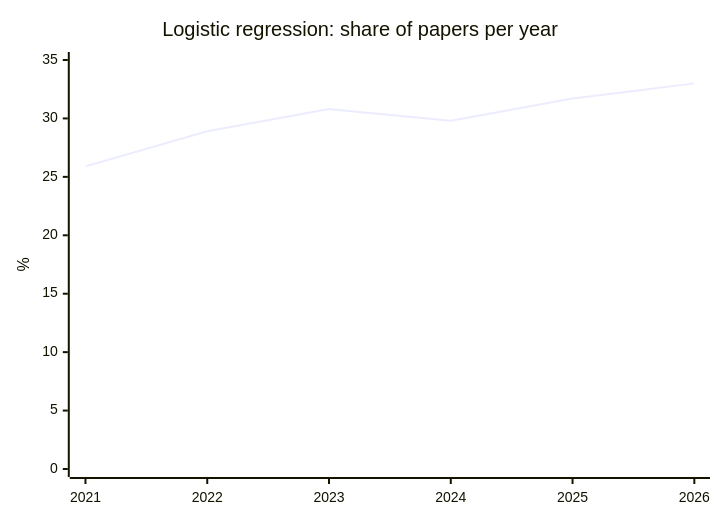
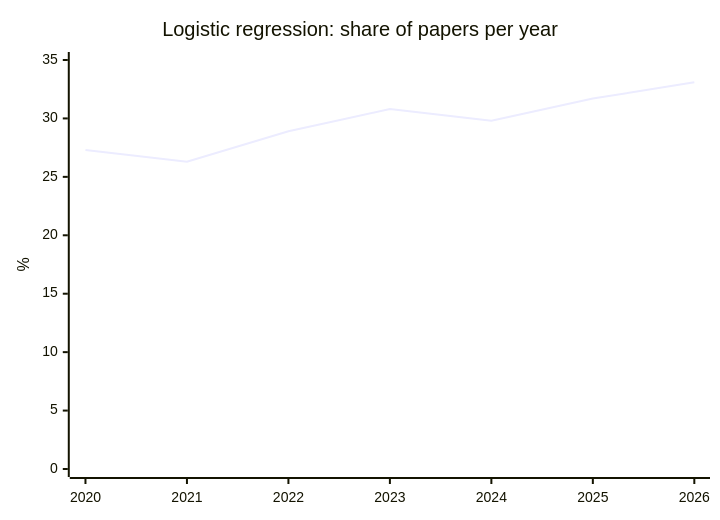
The third of 5 diagrams in literature-watch/reports/overview.md (nfdi4health/datashield-function-ideas), drawn with Mermaid before and after one commit. The commit also changed other lines of this file and 1 other file, not shown here.

````diff
--- a/literature-watch/reports/overview.md
+++ b/literature-watch/reports/overview.md
@@ -68,7 +68,7 @@
 ```mermaid
 xychart-beta
   title "Logistic regression: share of papers per year"
-  x-axis [2021, 2022, 2023, 2024, 2025, 2026]
+  x-axis [2020, 2021, 2022, 2023, 2024, 2025, 2026]
   y-axis "%" 0 --> 35
-  line [25.9, 28.9, 30.8, 29.8, 31.7, 33.0]
+  line [27.3, 26.3, 28.9, 30.8, 29.8, 31.7, 33.1]
 ```
````
